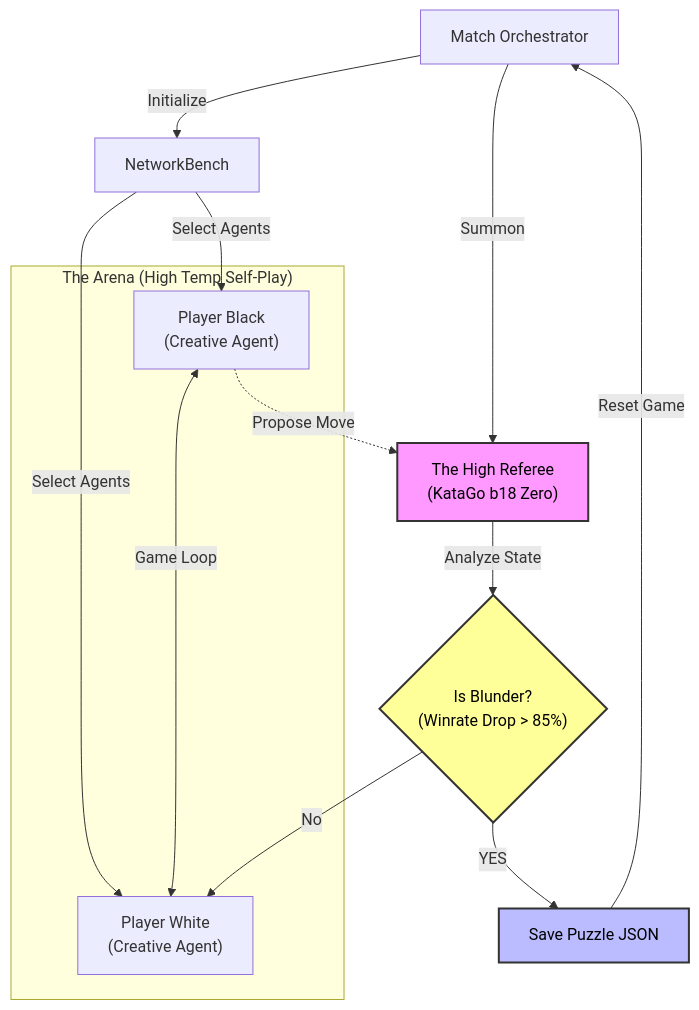
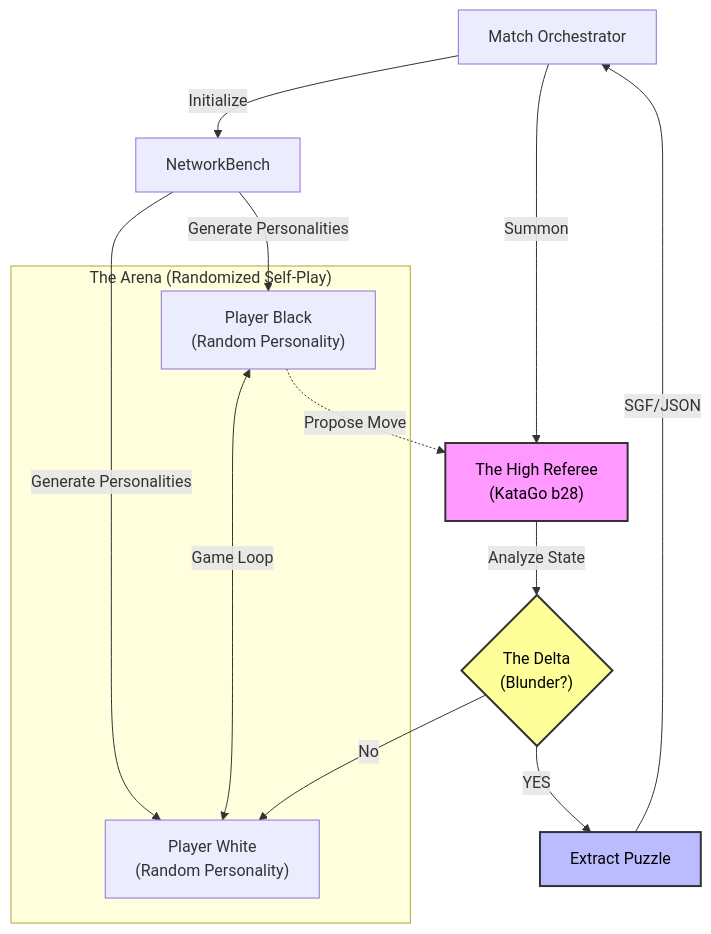
Before and after one commit to MachineKomi/Infinite_AI_Tsumego_Miner: the diagram in README.MD, drawn with Mermaid. The commit also changed other lines of this file and 1 other file, not shown here.

````diff
--- a/README.MD
+++ b/README.MD
@@ -21,34 +19,34 @@
 ```mermaid
 graph TD
     %% Nodes
     Orch[Match Orchestrator]
     Bench[NetworkBench]
-    Ref["The High Referee<br/>(KataGo b18 Zero)"]
+    Ref["The High Referee<br/>(KataGo b28)"]
     
-    subgraph "The Arena (High Temp Self-Play)"
-        P1["Player Black<br/>(Creative Agent)"]
-        P2["Player White<br/>(Creative Agent)"]
+    subgraph "The Arena (Randomized Self-Play)"
+        P1["Player Black<br/>(Random Personality)"]
+        P2["Player White<br/>(Random Personality)"]
     end
 
-    Dec{"Is Blunder?<br/>(Winrate Drop > 85%)"}
-    Output[Save Puzzle JSON]
+    Dec{"The Delta<br/>(Blunder?)"}
+    Output[Extract Puzzle]
 
     %% Styles
     style Ref fill:#f9f,stroke:#333,stroke-width:2px,color:black
     style Output fill:#bbf,stroke:#333,stroke-width:2px,color:black
     style Dec fill:#ff9,stroke:#333,stroke-width:2px,color:black
 
     %% Flow
     Orch -->|Initialize| Bench
     Orch -->|Summon| Ref
-    Bench -->|Select Agents| P1 & P2
+    Bench -->|Generate Personalities| P1 & P2
     
     P1 <-->|Game Loop| P2
     
     P1 -.->|Propose Move| Ref
     Ref -->|Analyze State| Dec
     
     Dec -->|No| P2
     Dec -->|YES| Output
-    Output -->|Reset Game| Orch
+    Output -->|SGF/JSON| Orch
 ```
````
